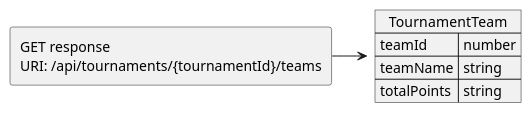
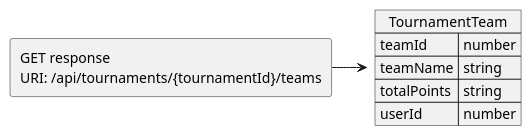
Before and after one commit to JKMN-Projects/TeamTactics: the diagram in docs/JSON Contracts/Responses/GetTournamentTeam.puml, drawn with PlantUML.

Commit message:
Added userId to get tournament team response contract

```diff
--- a/docs/JSON Contracts/Responses/GetTournamentTeam.puml
+++ b/docs/JSON Contracts/Responses/GetTournamentTeam.puml
@@ -1,12 +1,13 @@
 @startuml Get tournament team response
 allowmixing
 
 agent "GET response \nURI: /api/tournaments/{tournamentId}/teams"
   json "TournamentTeam" as J {
     "teamId": "number",
     "teamName": "string",
-    "totalPoints": "string"
+    "totalPoints": "string",
+    "userId": "number"
   }
 
 "GET response \nURI: /api/tournaments/{tournamentId}/teams" -> J 
 @enduml
```
